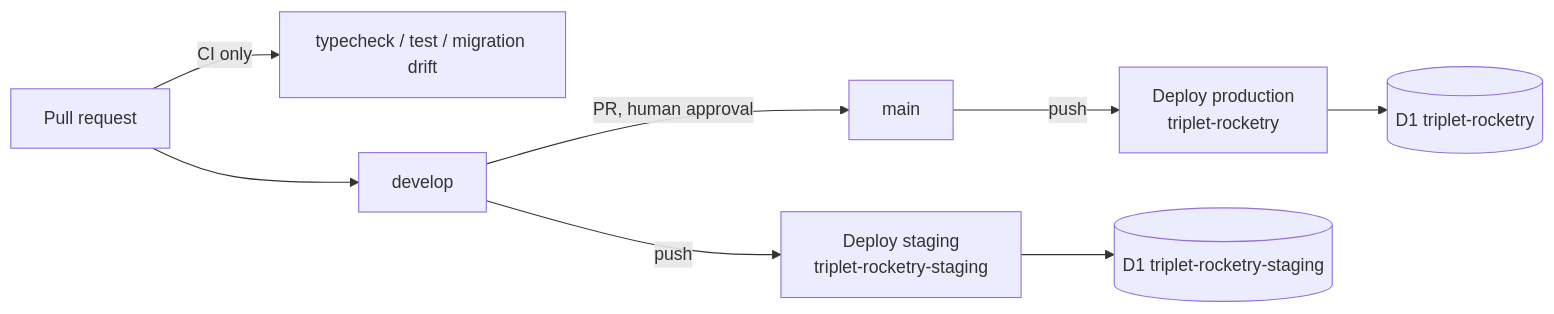
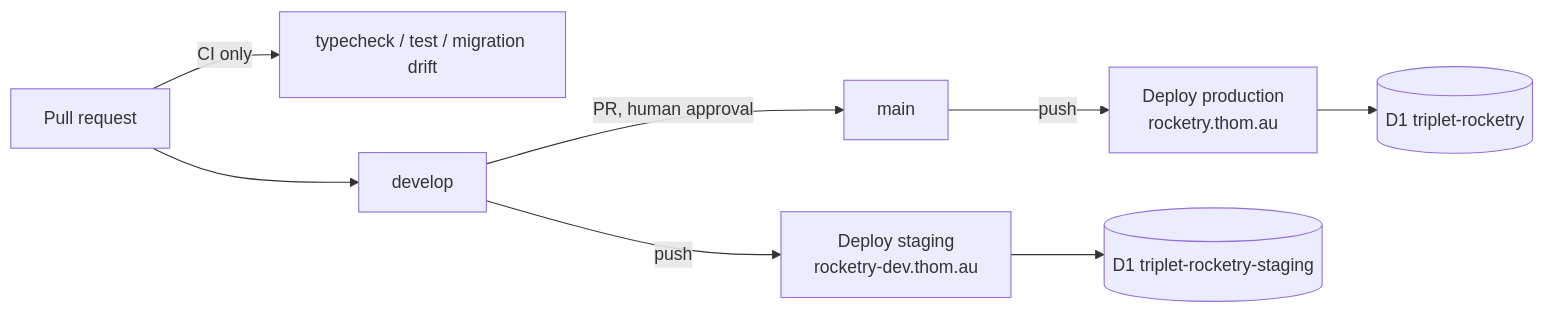
Before and after one commit to Matt-Thom/TripleT-Rocketry: the diagram in wiki/concepts/cloudflare-deployment.md, drawn with Mermaid. The commit also changed other lines of this file and 5 other files, not shown here.

First line of the commit message:
feat(cloudflare): bind rocketry.thom.au and rocketry-dev.thom.au

````diff
--- a/wiki/concepts/cloudflare-deployment.md
+++ b/wiki/concepts/cloudflare-deployment.md
@@ -33,10 +33,10 @@
 ```mermaid
 flowchart LR
   PR[Pull request] -->|CI only| CI[typecheck / test / migration drift]
   PR --> DEV[develop]
-  DEV -->|push| S[Deploy staging<br/>triplet-rocketry-staging]
+  DEV -->|push| S[Deploy staging<br/>rocketry-dev.thom.au]
   DEV -->|PR, human approval| MAIN[main]
-  MAIN -->|push| P[Deploy production<br/>triplet-rocketry]
+  MAIN -->|push| P[Deploy production<br/>rocketry.thom.au]
   S --> SD[(D1 triplet-rocketry-staging)]
   P --> PD[(D1 triplet-rocketry)]
 ```
````
